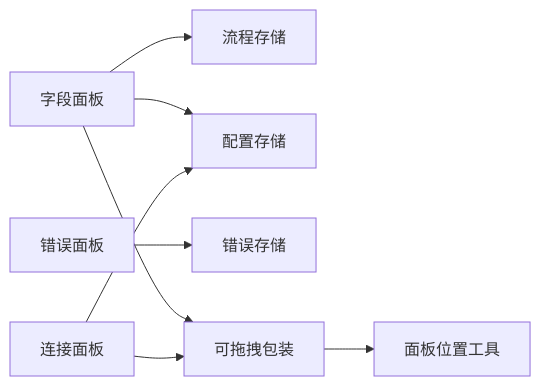
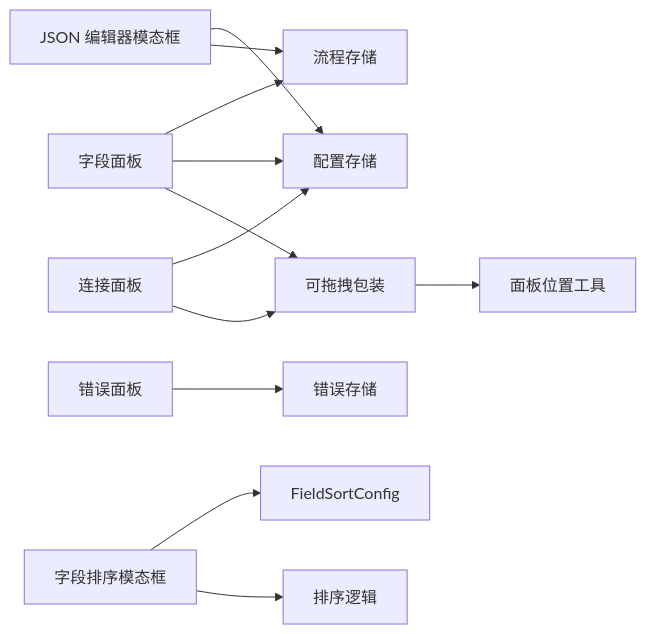
One commit to kqcoxn/MaaPipelineEditor changed the tenth of 10 diagrams in .qoder/repowiki/zh/content/用户界面/面板系统/面板系统.md. Above: the diagram before and after it, drawn with Mermaid. The commit also changed other lines of this file and 50 other files, not shown here.

````diff
--- a/.qoder/repowiki/zh/content/用户界面/面板系统/面板系统.md
+++ b/.qoder/repowiki/zh/content/用户界面/面板系统/面板系统.md
@@ -338,10 +471,14 @@
 ```mermaid
 graph LR
 FP["字段面板"] --> FS["流程存储"]
 FP --> CS["配置存储"]
 CONP["连接面板"] --> CS
 EP["错误面板"] --> ES["错误存储"]
 DP["可拖拽包装"] --> PP["面板位置工具"]
 FP --> DP
 CONP --> DP
+FSM["字段排序模态框"] --> SC["FieldSortConfig"]
+JS["JSON 编辑器模态框"] --> CS
+JS --> FS
+FSM --> SL["排序逻辑"]
 ```
````
